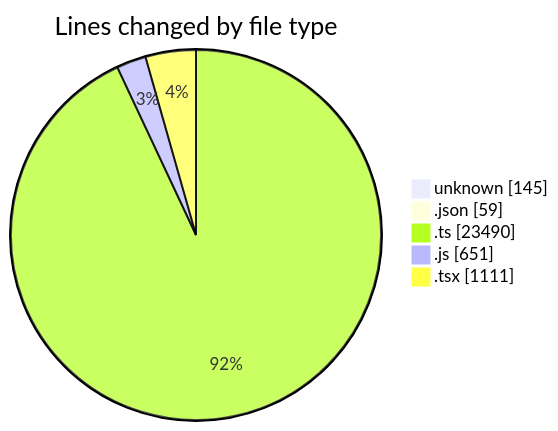
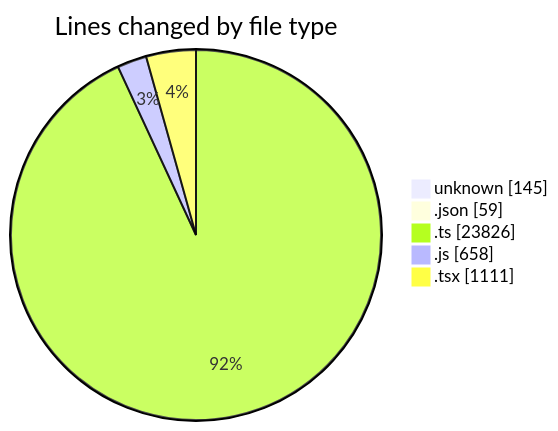
Before and after one commit to momahboobian/code-tracking: the first of 2 diagrams in 2025-11-13/cda/README.md, drawn with Mermaid. The commit also changed other lines of this file and 1 other file, not shown here.

````diff
--- a/2025-11-13/cda/README.md
+++ b/2025-11-13/cda/README.md
@@ -31,9 +31,9 @@
 ```mermaid
 pie showData
 title Lines changed by file type
 "unknown" : 145
 ".json" : 59
-".ts" : 23490
-".js" : 651
+".ts" : 23826
+".js" : 658
 ".tsx" : 1111
 ```
````
